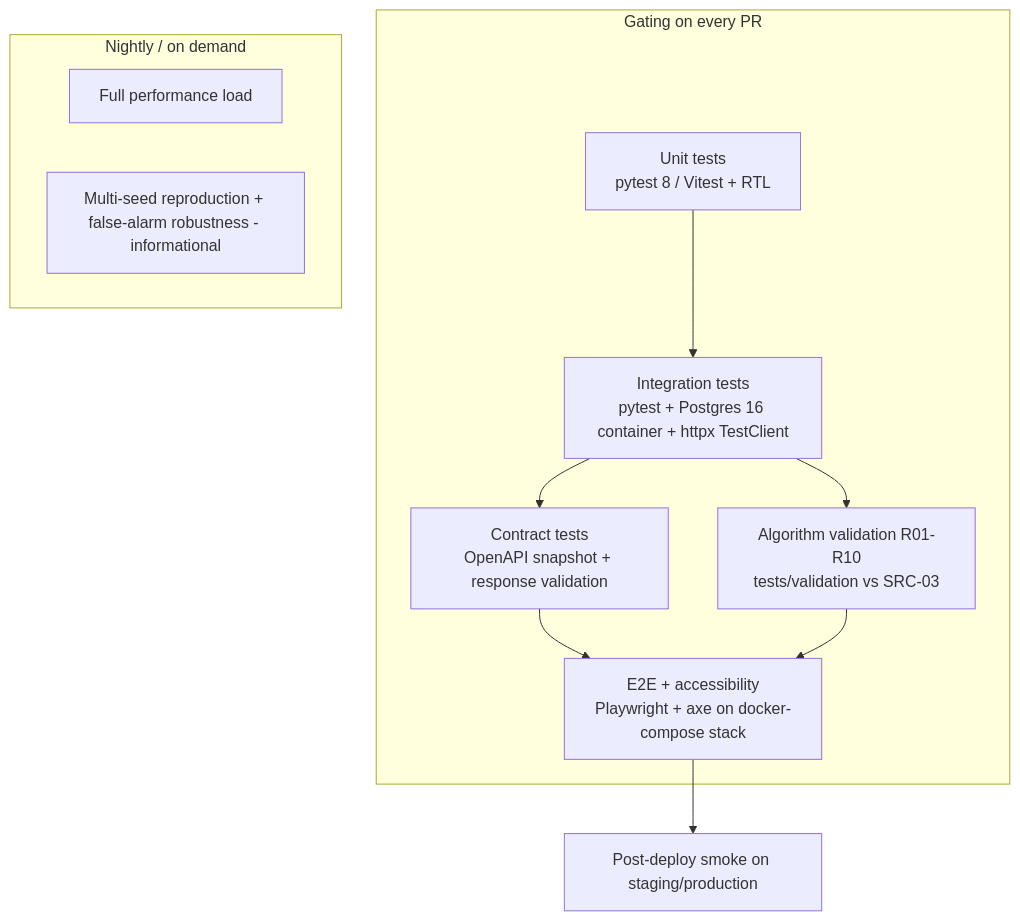
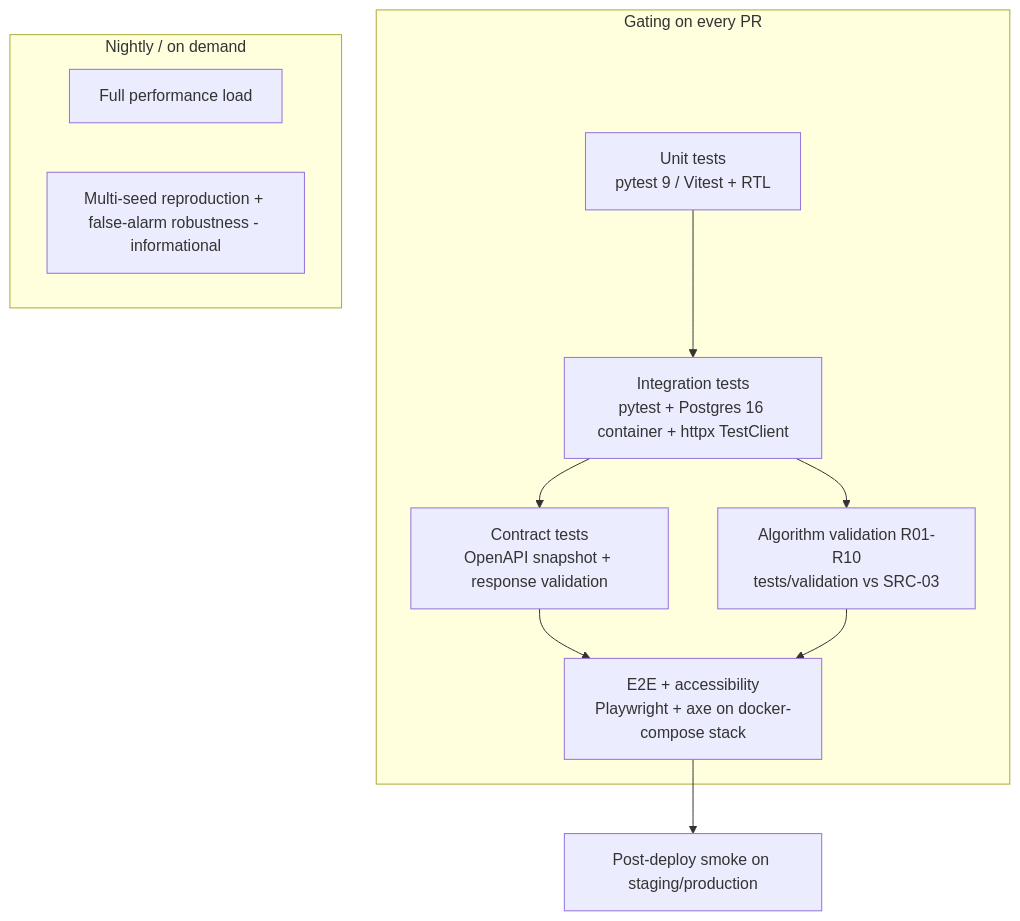
Before and after one commit to EchoWellApp/echowell: the diagram in specs/TRD/13_Testing_Strategy_and_Acceptance_Criteria.md, drawn with Mermaid. The commit also changed other lines of this file and 16 other files, not shown here.

````diff
--- a/specs/TRD/13_Testing_Strategy_and_Acceptance_Criteria.md
+++ b/specs/TRD/13_Testing_Strategy_and_Acceptance_Criteria.md
@@ -55,15 +55,15 @@
 ```mermaid
 flowchart TB
   subgraph Gating on every PR
-    U[Unit tests<br/>pytest 8 / Vitest + RTL] --> I[Integration tests<br/>pytest + Postgres 16 container + httpx TestClient]
+    U[Unit tests<br/>pytest 9 / Vitest + RTL] --> I[Integration tests<br/>pytest + Postgres 16 container + httpx TestClient]
     I --> C[Contract tests<br/>OpenAPI snapshot + response validation]
     I --> V[Algorithm validation R01-R10<br/>tests/validation vs SRC-03]
     C --> E[E2E + accessibility<br/>Playwright + axe on docker-compose stack]
     V --> E
   end
   subgraph Nightly / on demand
     P[Full performance load]
     R[Multi-seed reproduction + false-alarm robustness - informational]
   end
   E --> D[Post-deploy smoke on staging/production]
 ```
````
